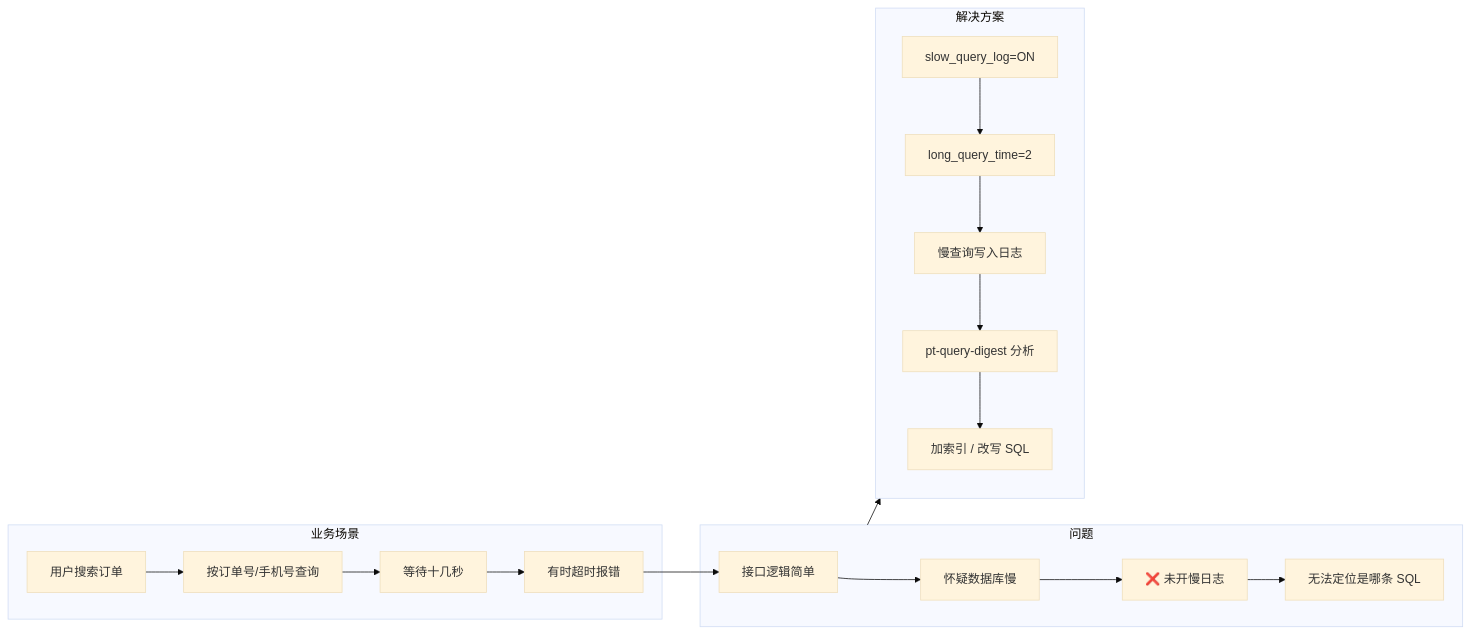
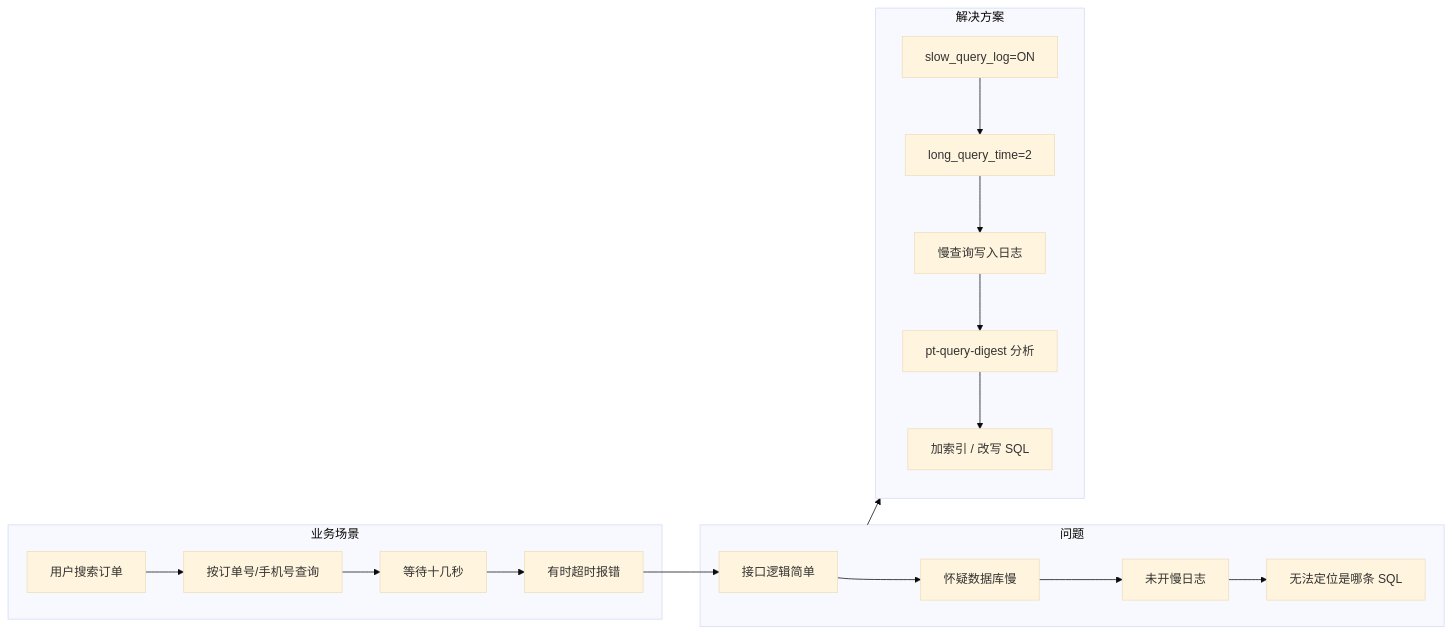
One commit to dreamerinsgp/performance changed the diagram in mysql-cases/02-slow-log.md. Above: the diagram before and after it, drawn with Mermaid (base theme). The commit also changed 16 other files, not shown here.

````diff
--- a/mysql-cases/02-slow-log.md
+++ b/mysql-cases/02-slow-log.md
@@ -5,24 +5,24 @@
 ```mermaid
 flowchart LR
     subgraph 场景["业务场景"]
         A[用户搜索订单] --> B[按订单号/手机号查询]
         B --> C[等待十几秒]
         C --> D[有时超时报错]
     end
 
     subgraph 问题["问题"]
         D --> E[接口逻辑简单]
         E --> F[怀疑数据库慢]
-        F --> G[❌ 未开慢日志]
+        F --> G[未开慢日志]
         G --> H[无法定位是哪条 SQL]
     end
 
     subgraph 解决["解决方案"]
         I[slow_query_log=ON] --> J[long_query_time=2]
         J --> K[慢查询写入日志]
         K --> L[pt-query-digest 分析]
         L --> M[加索引 / 改写 SQL]
     end
 
     问题 --> 解决
 ```
````
